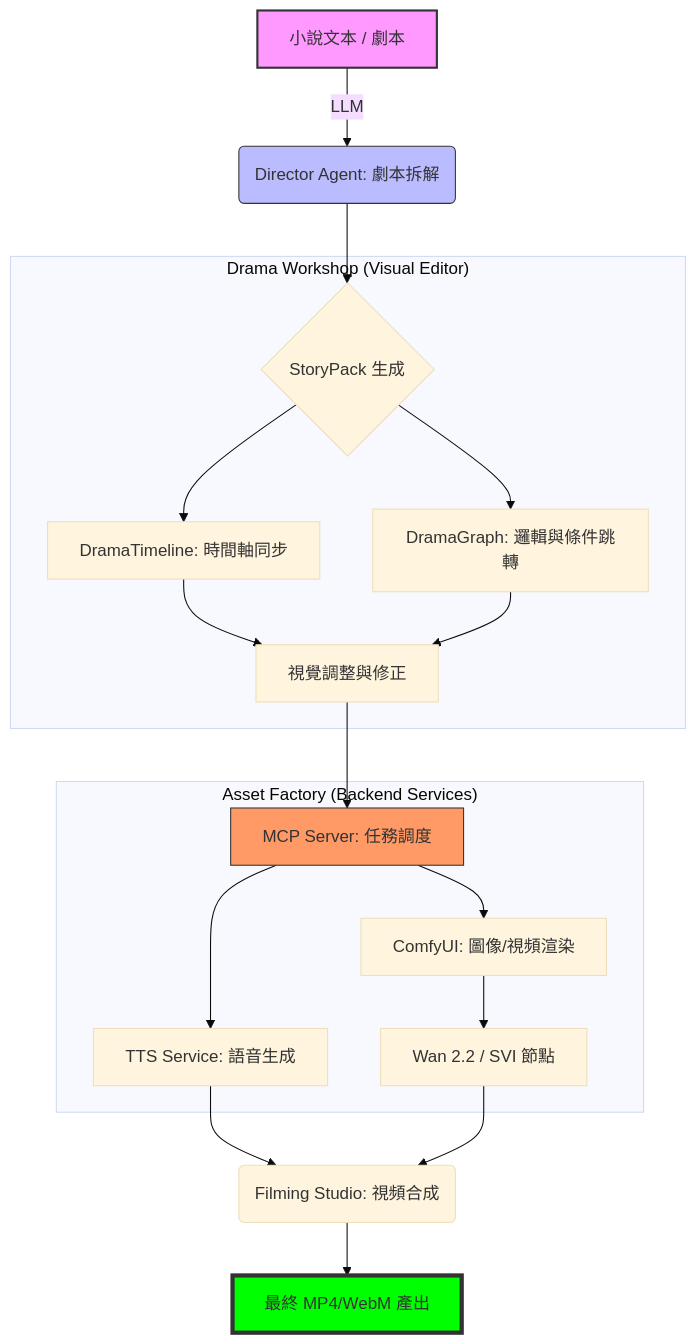
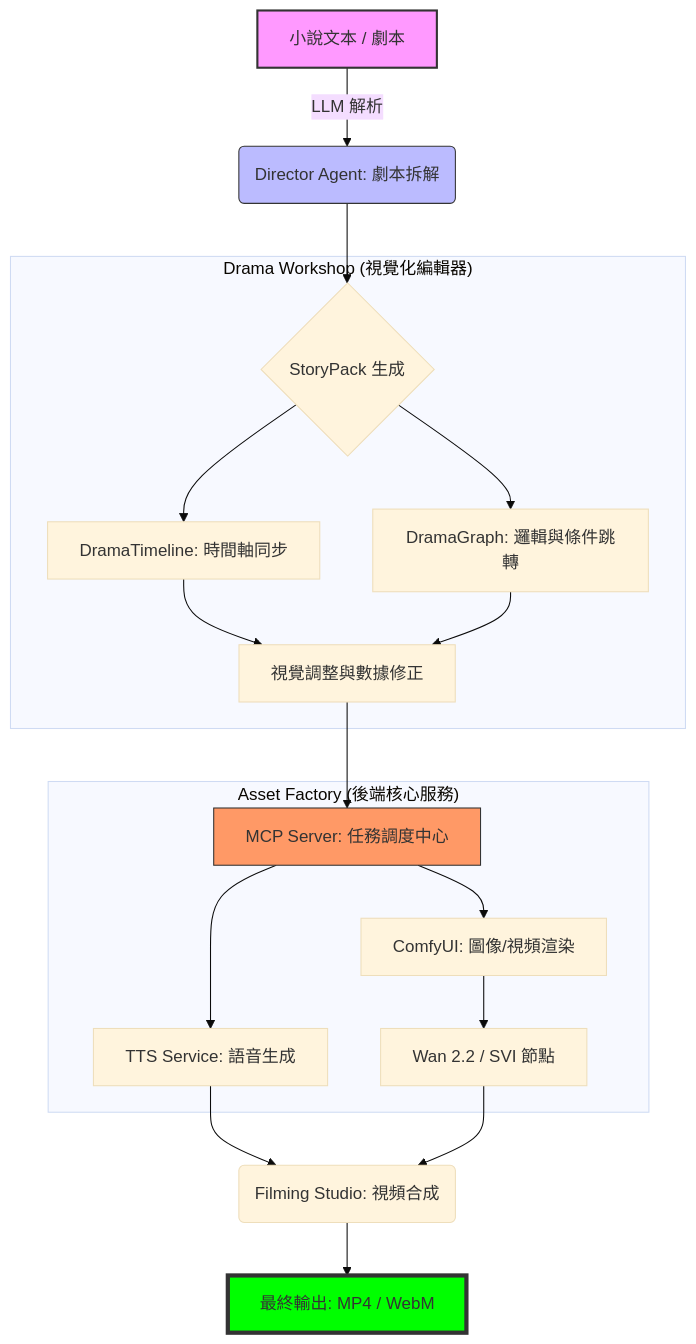
The diagram in public/knowledge/zh-tw/12_diagrams/07.Drama_Production_Workflow.md (AtsushiHarimoto/portfolio), drawn with Mermaid (base theme) before and after one commit. The commit also changed other lines of this file and 139 other files, not shown here.

````diff
--- a/public/knowledge/zh-tw/12_diagrams/07.Drama_Production_Workflow.md
+++ b/public/knowledge/zh-tw/12_diagrams/07.Drama_Production_Workflow.md
@@ -7,27 +11,27 @@
 ```mermaid
 graph TD
-    A[小說文本 / 劇本] -->|LLM| B(Director Agent: 劇本拆解)
+    A[小說文本 / 劇本] -->|LLM 解析| B(Director Agent: 劇本拆解)
     B --> C{StoryPack 生成}
 
-    subgraph "Drama Workshop (Visual Editor)"
+    subgraph "Drama Workshop (視覺化編輯器)"
         C --> D[DramaTimeline: 時間軸同步]
         C --> E[DramaGraph: 邏輯與條件跳轉]
-        D & E --> F[視覺調整與修正]
+        D & E --> F[視覺調整與數據修正]
     end
 
-    F --> G[MCP Server: 任務調度]
+    F --> G[MCP Server: 任務調度中心]
 
-    subgraph "Asset Factory (Backend Services)"
+    subgraph "Asset Factory (後端核心服務)"
         G --> H[TTS Service: 語音生成]
         G --> I[ComfyUI: 圖像/視頻渲染]
         I --> J[Wan 2.2 / SVI 節點]
     end
 
     H & J --> K(Filming Studio: 視頻合成)
-    K --> L[最終 MP4/WebM 產出]
+    K --> L[最終輸出: MP4 / WebM]
 
     style A fill:#f9f,stroke:#333,stroke-width:2px
     style L fill:#00ff00,stroke:#333,stroke-width:4px
     style B fill:#bbf,stroke:#333
     style G fill:#f96,stroke:#333
 ```
````
